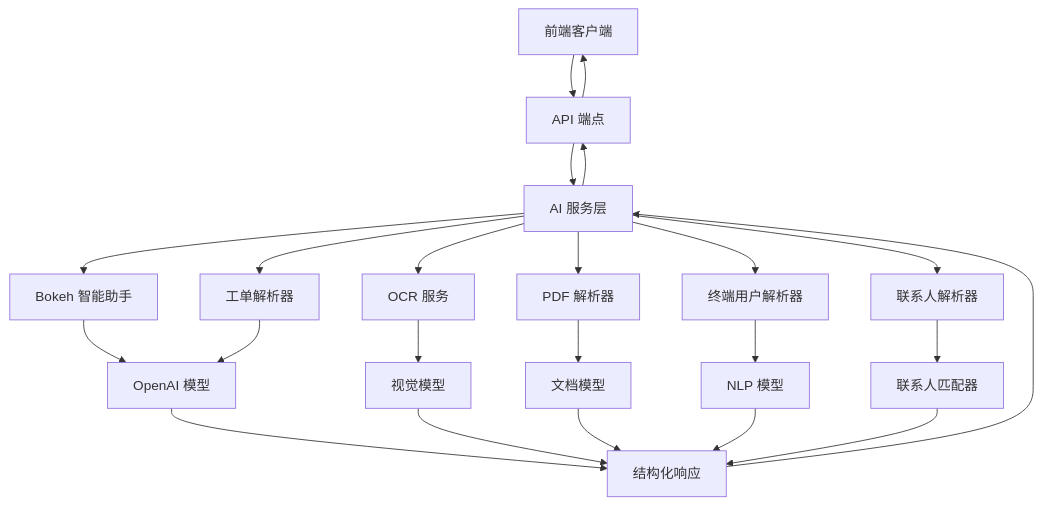
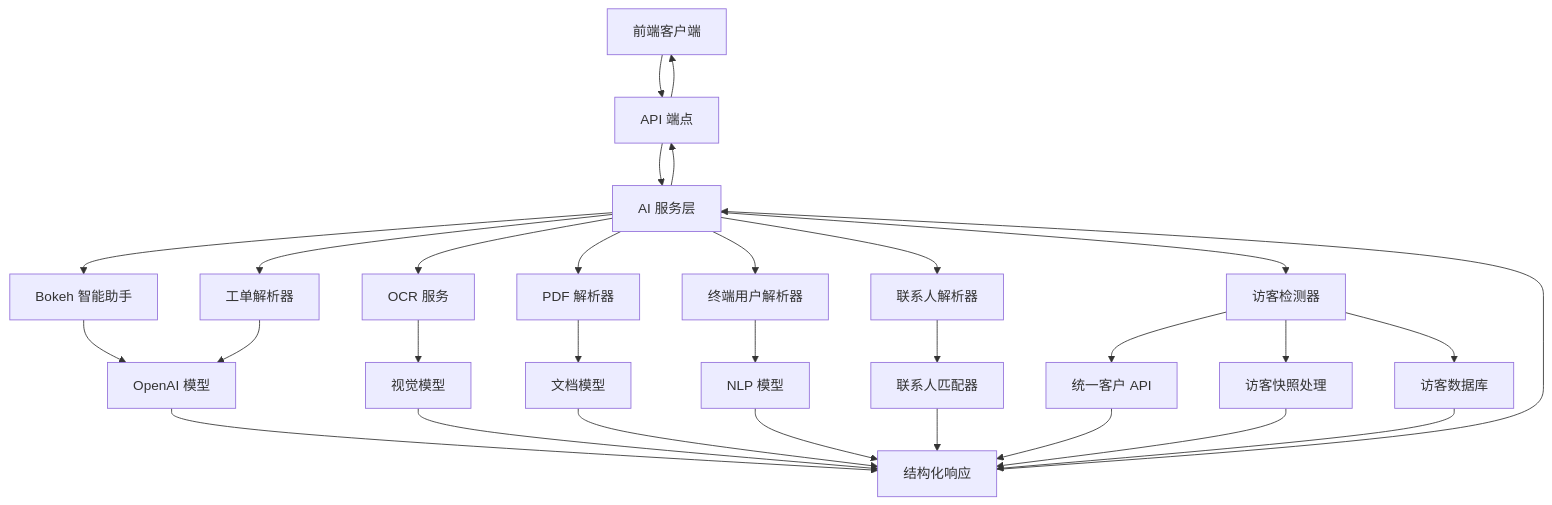
Before and after one commit to CubeEdge/Longhorn: diagram 42 of 44 in .qoder/repowiki/zh/content/TicketCreationModal 工单创建模态框.md, drawn with Mermaid. The commit also changed other lines of this file and 53 other files, not shown here.

````diff
--- a/.qoder/repowiki/zh/content/TicketCreationModal 工单创建模态框.md
+++ b/.qoder/repowiki/zh/content/TicketCreationModal 工单创建模态框.md
@@ -2182,25 +2363,32 @@
 ```mermaid
 flowchart TD
 Client[前端客户端] --> API[API 端点]
 API --> AIService[AI 服务层]
 AIService --> BokehAssistant[Bokeh 智能助手]
 AIService --> TicketParser[工单解析器]
 AIService --> OCRService[OCR 服务]
 AIService --> PDFParser[PDF 解析器]
 AIService --> EndUserParser[终端用户解析器]
 AIService --> EndUserResolver[联系人解析器]
+AIService --> EndUserDetector[访客检测器]
 BokehAssistant --> OpenAI[OpenAI 模型]
 TicketParser --> OpenAI
 OCRService --> VisionModel[视觉模型]
 PDFParser --> DocumentModel[文档模型]
 EndUserParser --> NLPModel[NLP 模型]
 EndUserResolver --> ContactMatcher[联系人匹配器]
+EndUserDetector --> UnifiedCustomerAPI[统一客户 API]
+EndUserDetector --> ReporterSnapshot[访客快照处理]
+EndUserDetector --> EndUserAPI[访客数据库]
 OpenAI --> Response[结构化响应]
 VisionModel --> Response
 DocumentModel --> Response
 NLPModel --> Response
 ContactMatcher --> Response
+UnifiedCustomerAPI --> Response
+ReporterSnapshot --> Response
+EndUserAPI --> Response
 Response --> AIService
 AIService --> API
 API --> Client
 ```
````
